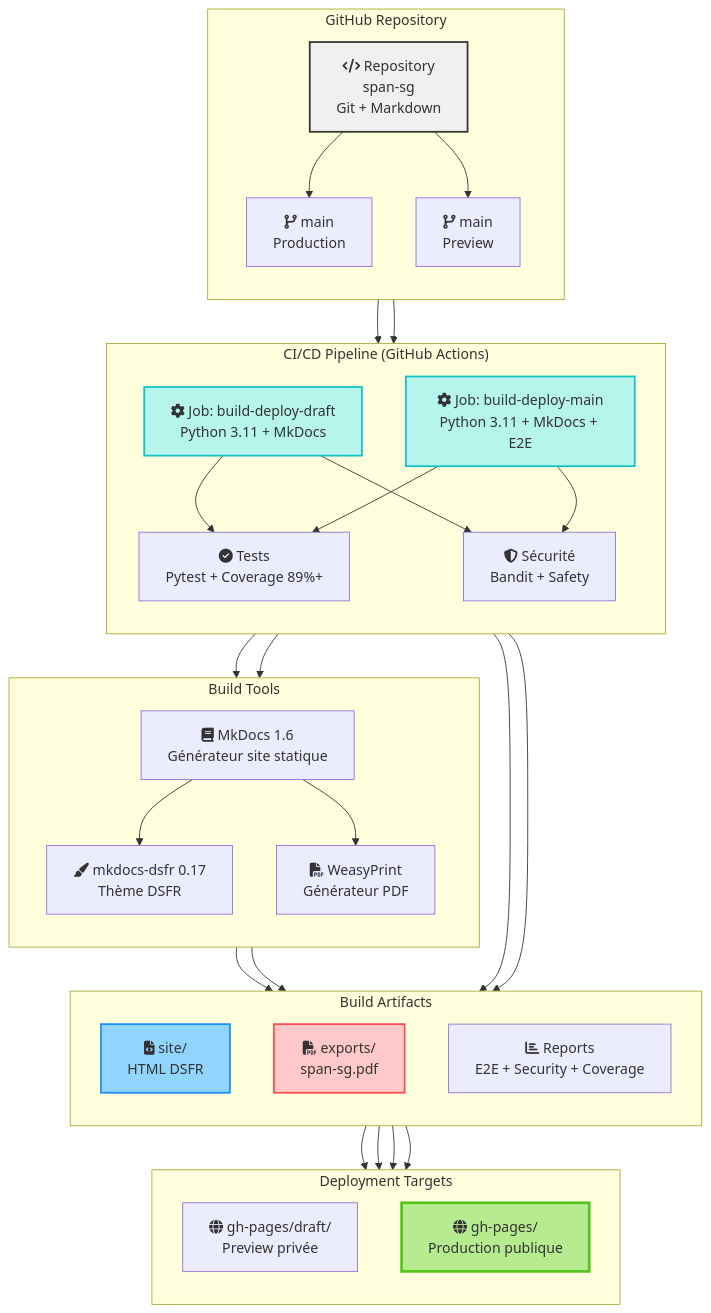
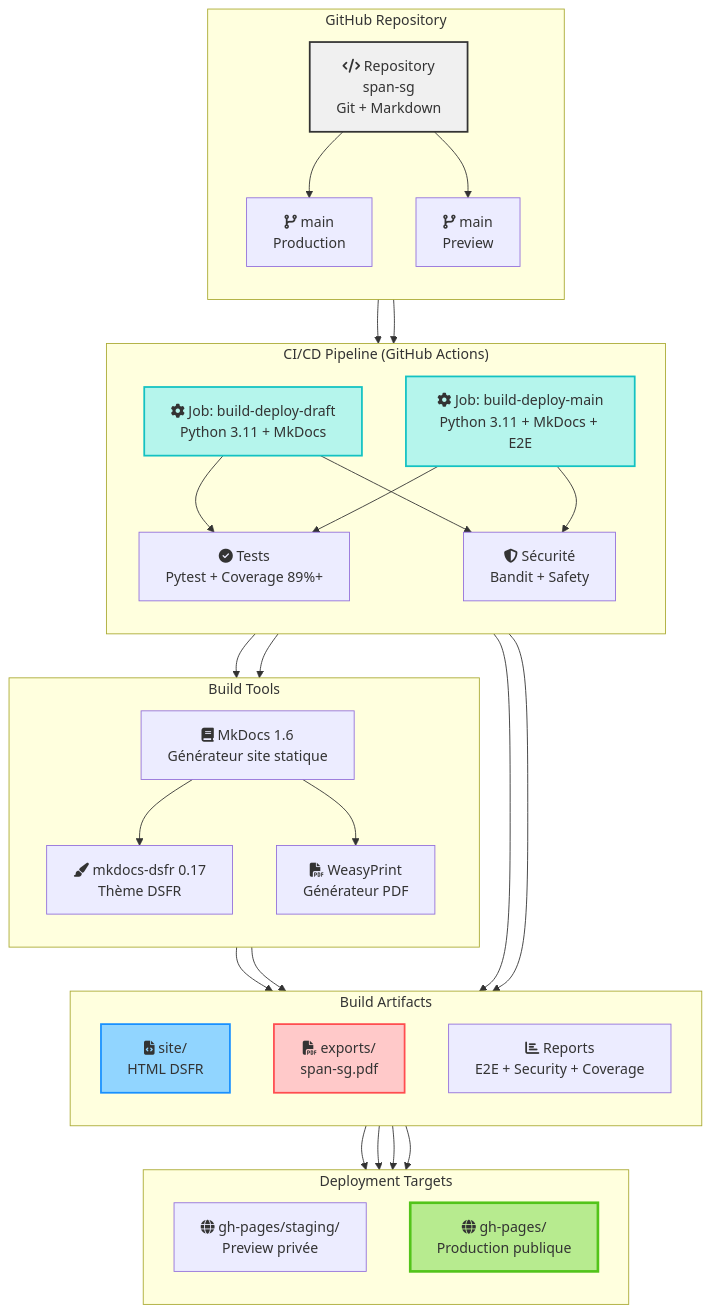
Before and after one commit to Alexmacapple/span-sg: the second of 4 diagrams in docs/architecture/c4-diagrams.md, drawn with Mermaid. The commit also changed other lines of this file and 12 other files, not shown here.

First line of the commit message:
docs: renommer toutes références /draft/ vers /staging/

````diff
--- a/docs/architecture/c4-diagrams.md
+++ b/docs/architecture/c4-diagrams.md
@@ -81,72 +81,72 @@
 ```mermaid
 graph TB
     subgraph "GitHub Repository"
         direction TB
         REPO[fa:fa-code Repository<br/>span-sg<br/>Git + Markdown]
         BRANCH_MAIN[fa:fa-code-branch main<br/>Production]
         BRANCH_DRAFT[fa:fa-code-branch main<br/>Preview]
     end
 
     subgraph "CI/CD Pipeline (GitHub Actions)"
         direction TB
         JOB_DRAFT[fa:fa-cog Job: build-deploy-draft<br/>Python 3.11 + MkDocs]
         JOB_MAIN[fa:fa-cog Job: build-deploy-main<br/>Python 3.11 + MkDocs + E2E]
         TESTS[fa:fa-check-circle Tests<br/>Pytest + Coverage 89%+]
         SECURITY[fa:fa-shield-alt Sécurité<br/>Bandit + Safety]
     end
 
     subgraph "Build Artifacts"
         direction TB
         SITE_HTML[fa:fa-file-code site/<br/>HTML DSFR]
         PDF[fa:fa-file-pdf exports/<br/>span-sg.pdf]
         REPORTS[fa:fa-chart-bar Reports<br/>E2E + Security + Coverage]
     end
 
     subgraph "Deployment Targets"
         direction TB
-        PAGES_DRAFT[fa:fa-globe gh-pages/draft/<br/>Preview privée]
+        PAGES_DRAFT[fa:fa-globe gh-pages/staging/<br/>Preview privée]
         PAGES_PROD[fa:fa-globe gh-pages/<br/>Production publique]
     end
 
     subgraph "Build Tools"
         direction TB
         MKDOCS[fa:fa-book MkDocs 1.6<br/>Générateur site statique]
         DSFR[fa:fa-paint-brush mkdocs-dsfr 0.17<br/>Thème DSFR]
         WEASY[fa:fa-file-pdf WeasyPrint<br/>Générateur PDF]
     end
 
     REPO --> BRANCH_MAIN
     REPO --> BRANCH_DRAFT
 
     BRANCH_DRAFT --> JOB_DRAFT
     BRANCH_MAIN --> JOB_MAIN
 
     JOB_DRAFT --> TESTS
     JOB_DRAFT --> SECURITY
     JOB_MAIN --> TESTS
     JOB_MAIN --> SECURITY
 
     TESTS --> MKDOCS
     SECURITY --> MKDOCS
 
     MKDOCS --> DSFR
     MKDOCS --> WEASY
 
     DSFR --> SITE_HTML
     WEASY --> PDF
 
     JOB_DRAFT --> REPORTS
     JOB_MAIN --> REPORTS
 
     SITE_HTML --> PAGES_DRAFT
     SITE_HTML --> PAGES_PROD
     PDF --> PAGES_DRAFT
     PDF --> PAGES_PROD
 
     style REPO fill:#f0f0f0,stroke:#333,stroke-width:2px
     style JOB_DRAFT fill:#b5f5ec,stroke:#13c2c2,stroke-width:2px
     style JOB_MAIN fill:#b5f5ec,stroke:#13c2c2,stroke-width:2px
     style SITE_HTML fill:#91d5ff,stroke:#1890ff,stroke-width:2px
     style PDF fill:#ffc9c9,stroke:#ff4d4f,stroke-width:2px
     style PAGES_PROD fill:#b7eb8f,stroke:#52c41a,stroke-width:3px
 ```
````
